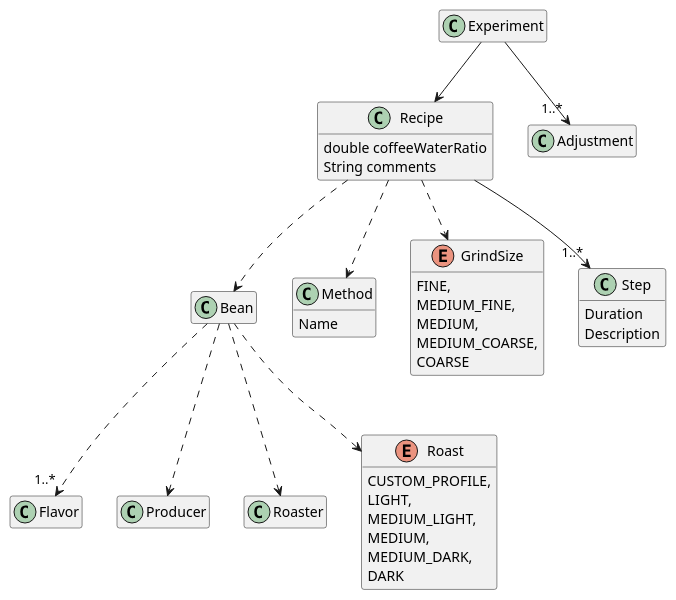
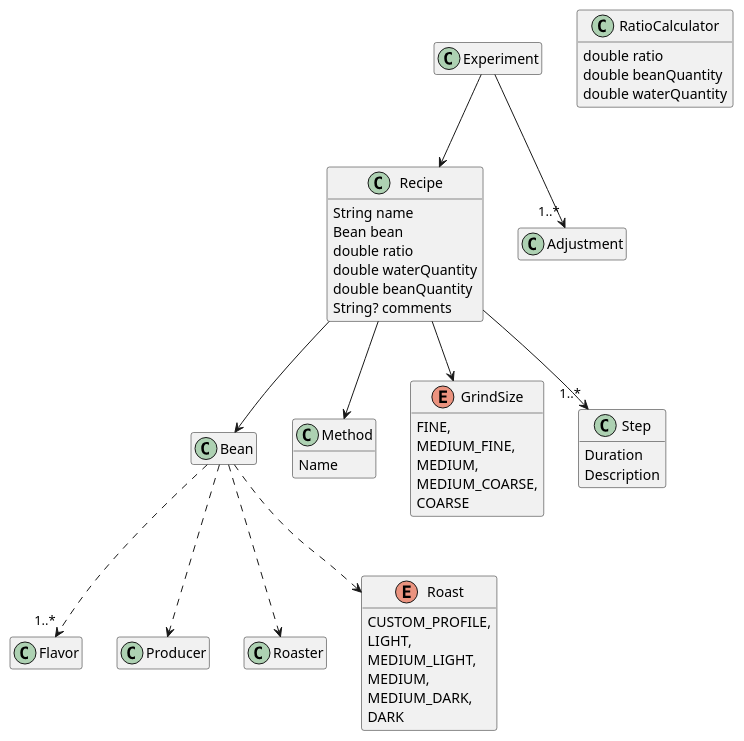
One commit to regmoraes/coffea changed the diagram in docs/domain_model.puml. Above: the diagram before and after it, drawn with PlantUML. The commit also changed 14 other files, not shown here.

```diff
--- a/docs/domain_model.puml
+++ b/docs/domain_model.puml
@@ -1,65 +1,75 @@
 @startuml
 hide empty methods
 hide empty fields
 
 class Bean
+
+class RatioCalculator {
+    double ratio
+    double beanQuantity
+    double waterQuantity
+}
 
 class Flavor
 
 class Method {
     Name
 }
 
 enum GrindSize {
     FINE,
     MEDIUM_FINE,
     MEDIUM,
     MEDIUM_COARSE,
     COARSE
 }
 
 class Producer
 
 class Roaster
 
 enum Roast {
     CUSTOM_PROFILE,
     LIGHT,
     MEDIUM_LIGHT,
     MEDIUM,
     MEDIUM_DARK,
     DARK
 }
 
 class Recipe {
-   double coffeeWaterRatio
-   String comments
+   String name
+   Bean bean
+   double ratio
+   double waterQuantity
+   double beanQuantity
+   String? comments
 }
 
 class Step {
     Duration
     Description
 }
 
 class Experiment
 
 Bean ..> "1..*" Flavor
 
 Bean ..> Producer
 
 Bean ..> Roast
 
 Bean ..> Roaster
 
 Experiment --> Recipe
 
 Experiment --> "1..*" Adjustment
 
-Recipe ..> Bean
+Recipe --> Bean
 
-Recipe ..> GrindSize
+Recipe --> GrindSize
 
-Recipe ..> Method
+Recipe --> Method
 
 Recipe --> "1..*" Step
 @enduml
```
